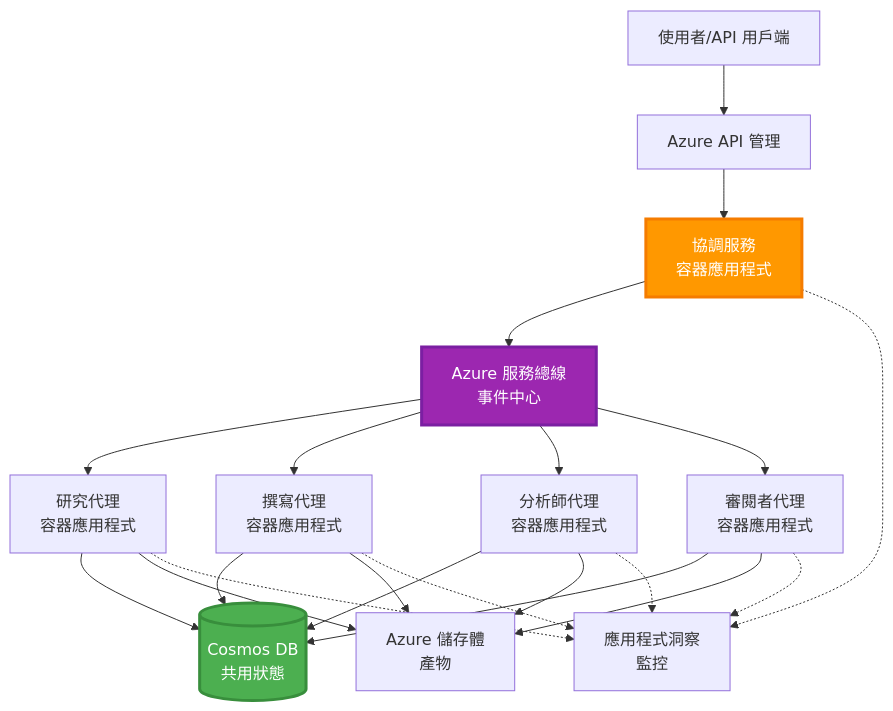
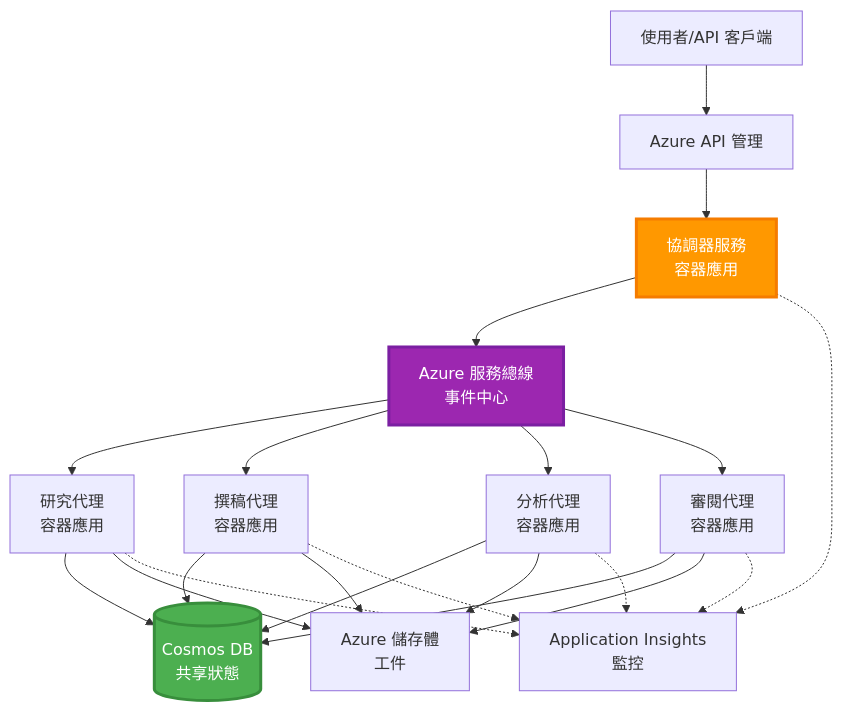
Before and after one commit to microsoft/AZD-for-beginners: the sixth of 6 diagrams in translations/zh-MO/docs/chapter-06-pre-deployment/coordination-patterns.md, drawn with Mermaid. The commit also changed other lines of this file and 101 other files, not shown here.

````diff
--- a/translations/zh-MO/docs/chapter-06-pre-deployment/coordination-patterns.md
+++ b/translations/zh-MO/docs/chapter-06-pre-deployment/coordination-patterns.md
@@ -271,45 +265,45 @@
 ```mermaid
 graph TB
-    User[使用者/API 用戶端]
+    User[使用者/API 客戶端]
     APIM[Azure API 管理]
-    Orchestrator[協調服務<br/>容器應用程式]
+    Orchestrator[協調器服務<br/>容器應用]
     ServiceBus[Azure 服務總線<br/>事件中心]
     
-    Agent1[研究代理<br/>容器應用程式]
-    Agent2[撰寫代理<br/>容器應用程式]
-    Agent3[分析師代理<br/>容器應用程式]
-    Agent4[審閱者代理<br/>容器應用程式]
+    Agent1[研究代理<br/>容器應用]
+    Agent2[撰稿代理<br/>容器應用]
+    Agent3[分析代理<br/>容器應用]
+    Agent4[審閱代理<br/>容器應用]
     
-    CosmosDB[(Cosmos DB<br/>共用狀態)]
-    Storage[Azure 儲存體<br/>產物]
-    AppInsights[應用程式洞察<br/>監控]
+    CosmosDB[(Cosmos DB<br/>共享狀態)]
+    Storage[Azure 儲存體<br/>工件]
+    AppInsights[Application Insights<br/>監控]
     
     User --> APIM
     APIM --> Orchestrator
     
     Orchestrator --> ServiceBus
     ServiceBus --> Agent1
     ServiceBus --> Agent2
     ServiceBus --> Agent3
     ServiceBus --> Agent4
     
     Agent1 --> CosmosDB
     Agent2 --> CosmosDB
     Agent3 --> CosmosDB
     Agent4 --> CosmosDB
     
     Agent1 --> Storage
     Agent2 --> Storage
     Agent3 --> Storage
     Agent4 --> Storage
     
     Orchestrator -.-> AppInsights
     Agent1 -.-> AppInsights
     Agent2 -.-> AppInsights
     Agent3 -.-> AppInsights
     Agent4 -.-> AppInsights
     
     style Orchestrator fill:#FF9800,stroke:#F57C00,stroke-width:3px,color:#fff
     style ServiceBus fill:#9C27B0,stroke:#7B1FA2,stroke-width:3px,color:#fff
     style CosmosDB fill:#4CAF50,stroke:#388E3C,stroke-width:3px,color:#fff
 ```
````
